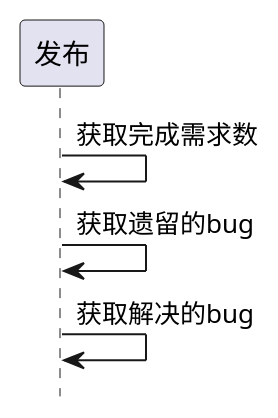
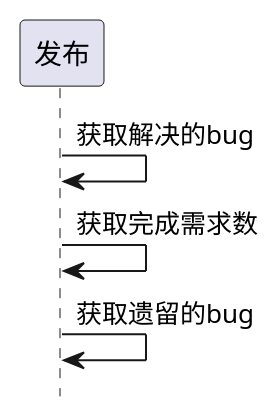
Before and after one commit to zj335841911/nt_chandao: the second of 4 diagrams in ibizpms-docs/src/main/doc/v1/module/zentao/Release_old.md, drawn with PlantUML. The commit also changed other lines of this file and 2125 other files, not shown here.

```diff
--- a/ibizpms-docs/src/main/doc/v1/module/zentao/Release_old.md
+++ b/ibizpms-docs/src/main/doc/v1/module/zentao/Release_old.md
@@ -114,7 +114,7 @@
 {% plantuml %}
 hide footbox
 
+发布 -> 发布: 获取解决的bug
 发布 -> 发布: 获取完成需求数
 发布 -> 发布: 获取遗留的bug
-发布 -> 发布: 获取解决的bug
 {% endplantuml %}
```
